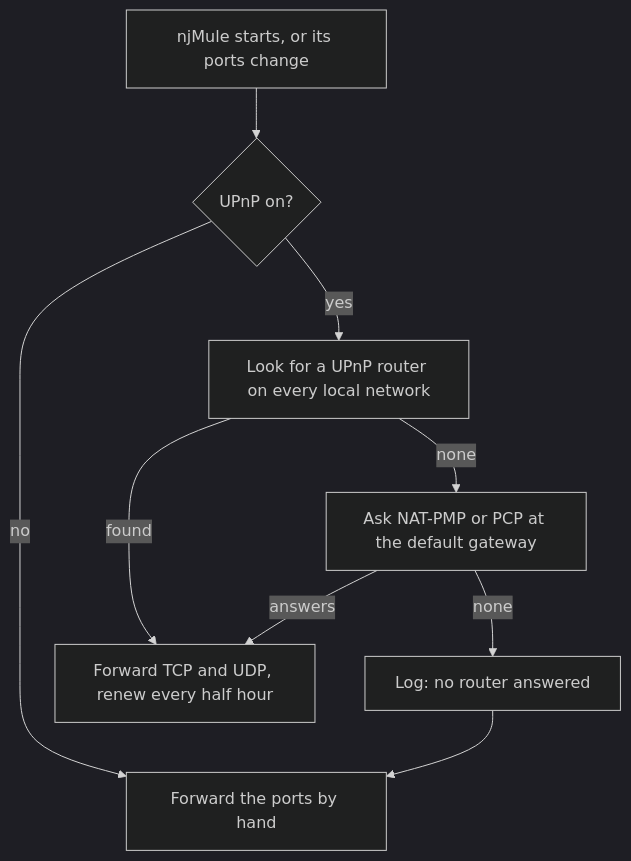
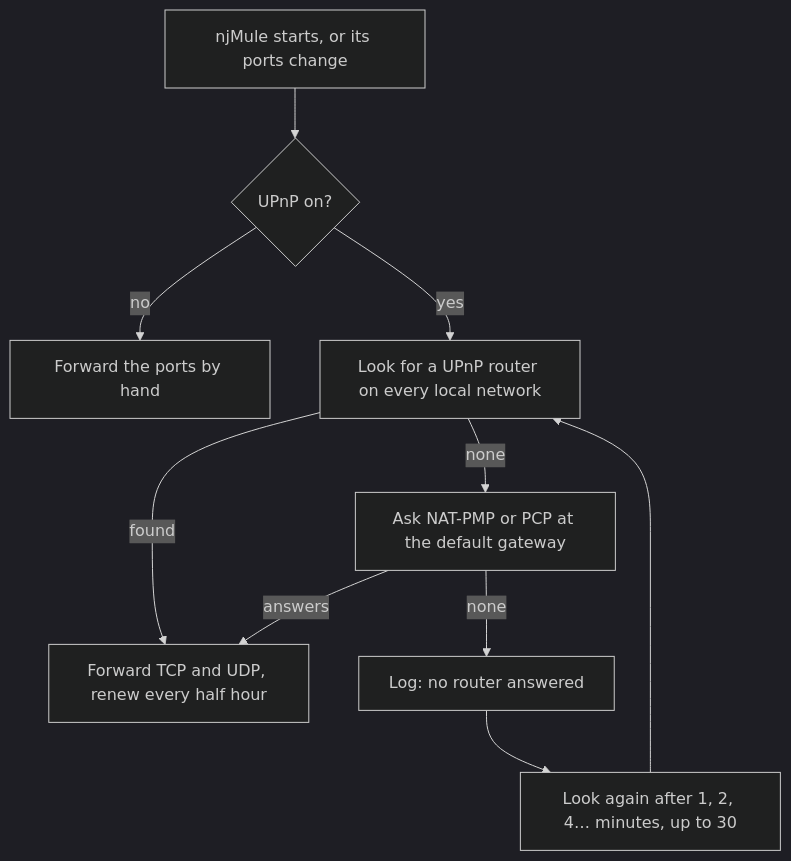
Before and after one commit to njMule/njMule: the diagram in website/docs/network/ports.mdx, drawn with Mermaid (dark theme). The commit also changed other lines of this file and 9 other files, not shown here.

First line of the commit message:
fix(net): look for the router again when upnp finds none (#176)

````diff
--- a/website/docs/network/ports.mdx
+++ b/website/docs/network/ports.mdx
@@ -161,10 +161,11 @@
 ```mermaid
 flowchart TD
     A[njMule starts, or its ports change] --> B{UPnP on?}
     B -- no --> H[Forward the ports by hand]
     B -- yes --> C[Look for a UPnP router on every local network]
     C -- found --> D[Forward TCP and UDP, renew every half hour]
     C -- none --> E[Ask NAT-PMP or PCP at the default gateway]
     E -- answers --> D
-    E -- none --> F[Log: no router answered] --> H
+    E -- none --> F[Log: no router answered] --> G[Look again after 1, 2, 4… minutes, up to 30]
+    G --> C
 ```
````
